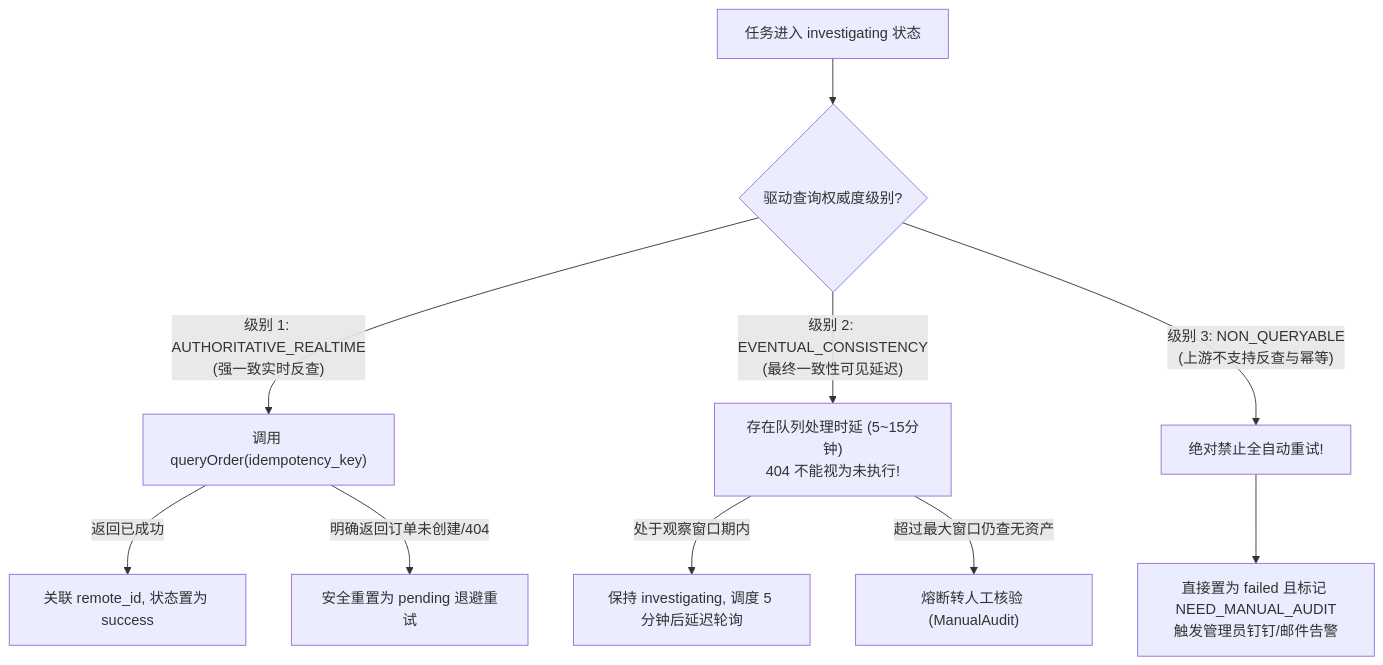
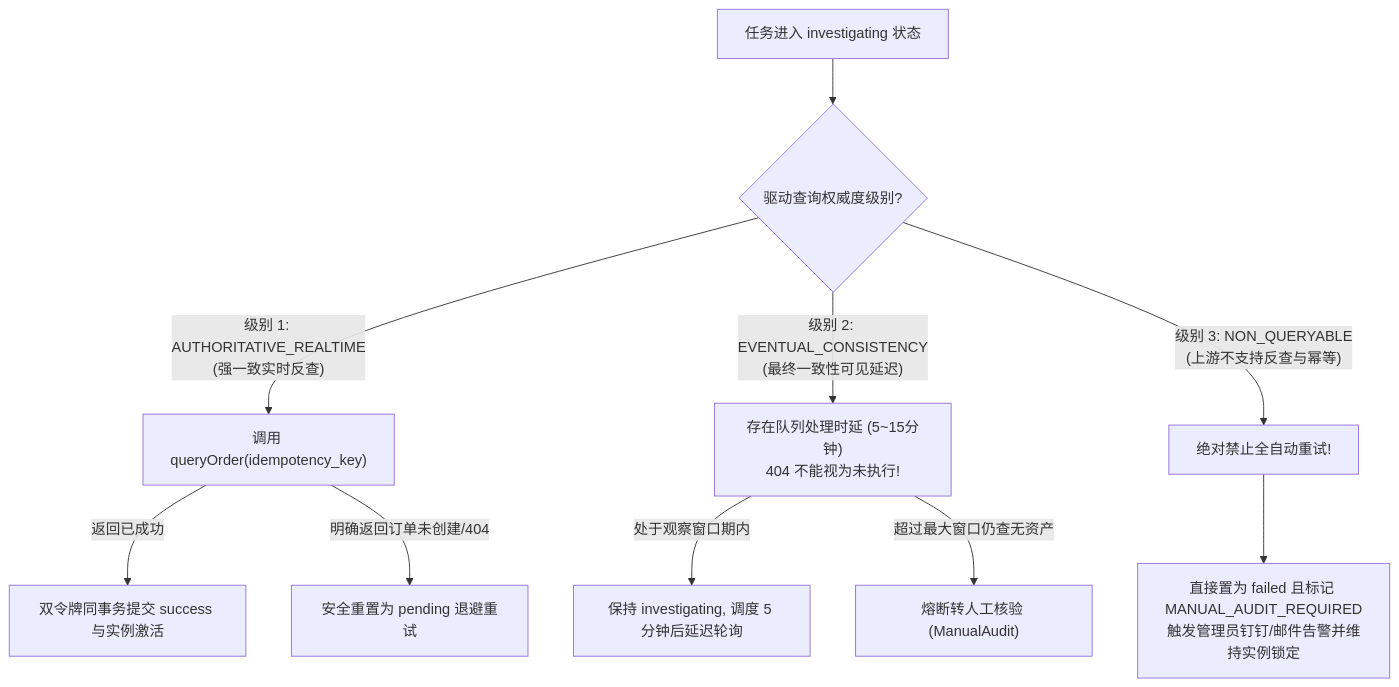
One commit to QAQ000000/idc changed the diagram in docs/TASKS_OUTBOX.md. Above: the diagram before and after it, drawn with Mermaid. The commit also changed other lines of this file and 7 other files, not shown here.

````diff
--- a/docs/TASKS_OUTBOX.md
+++ b/docs/TASKS_OUTBOX.md
@@ -100,15 +122,15 @@
 ```mermaid
 flowchart TD
     Inv["任务进入 investigating 状态"] --> QA{"驱动查询权威度级别?"}
     
     QA -- "级别 1: AUTHORITATIVE_REALTIME<br/>(强一致实时反查)" --> Q1["调用 queryOrder(idempotency_key)"]
-    Q1 -- "返回已成功" --> Win1["关联 remote_id, 状态置为 success"]
+    Q1 -- "返回已成功" --> Win1["双令牌同事务提交 success 与实例激活"]
     Q1 -- "明确返回订单未创建/404" --> SafeRetry["安全重置为 pending 退避重试"]
     
     QA -- "级别 2: EVENTUAL_CONSISTENCY<br/>(最终一致性可见延迟)" --> Q2["存在队列处理时延 (5~15分钟)<br/>404 不能视为未执行!"]
     Q2 -- "处于观察窗口期内" --> WaitPoll["保持 investigating, 调度 5 分钟后延迟轮询"]
     Q2 -- "超过最大窗口仍查无资产" --> Manual1["熔断转人工核验 (ManualAudit)"]
     
     QA -- "级别 3: NON_QUERYABLE<br/>(上游不支持反查与幂等)" --> Q3["绝对禁止全自动重试!"]
-    Q3 --> Manual2["直接置为 failed 且标记 NEED_MANUAL_AUDIT<br/>触发管理员钉钉/邮件告警"]
+    Q3 --> Manual2["直接置为 failed 且标记 MANUAL_AUDIT_REQUIRED<br/>触发管理员钉钉/邮件告警并维持实例锁定"]
 ```
````
